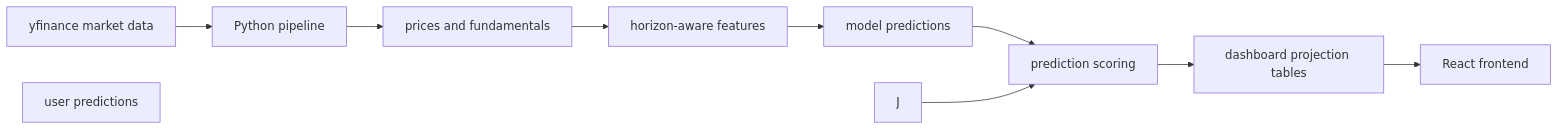
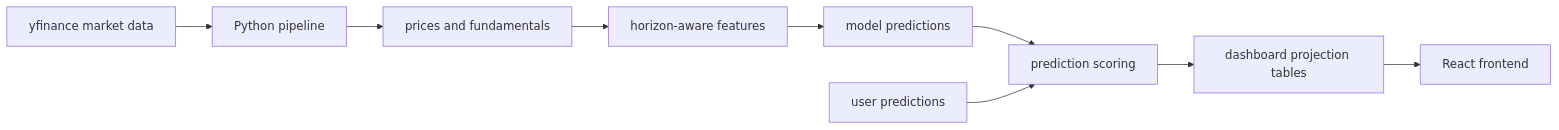
The diagram in README.md (DBordeleau/ticker-wars), drawn with Mermaid before and after one commit.

````diff
--- a/README.md
+++ b/README.md
@@ -33,12 +33,12 @@
 ```mermaid
 flowchart LR
     A["yfinance market data"] --> B["Python pipeline"]
     B --> C["prices and fundamentals"]
     C --> D["horizon-aware features"]
     D --> E["model predictions"]
     E --> F["prediction scoring"]
     F --> G["dashboard projection tables"]
     G --> H["React frontend"]
     I["user predictions"]
-    J --> F
+    I --> F
 ```
````
